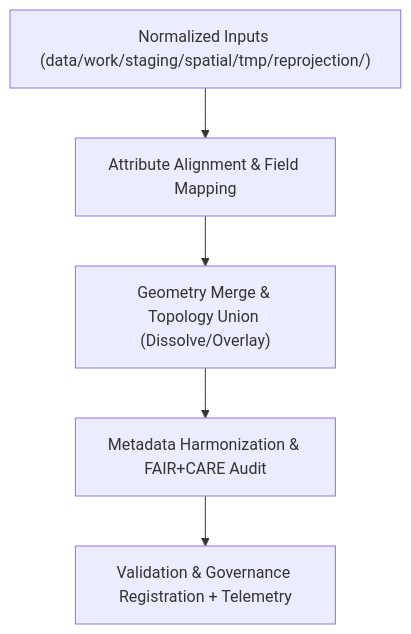
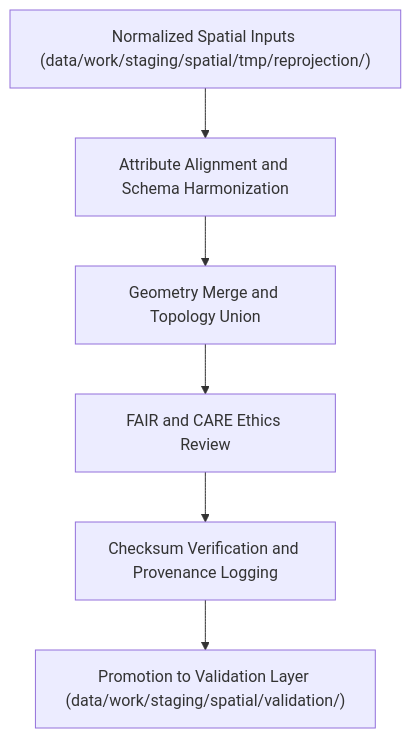
The diagram in data/work/staging/spatial/tmp/union_merge/README.md (bartytime4life/Kansas-Frontier-Matrix), drawn with Mermaid before and after one commit. The commit also changed other lines of this file, not shown here.

````diff
--- a/data/work/staging/spatial/tmp/union_merge/README.md
+++ b/data/work/staging/spatial/tmp/union_merge/README.md
@@ -69,7 +62,8 @@
 ```mermaid
 flowchart TD
-    A["Normalized Inputs (data/work/staging/spatial/tmp/reprojection/)"] --> B["Attribute Alignment & Field Mapping"]
-    B --> C["Geometry Merge & Topology Union (Dissolve/Overlay)"]
-    C --> D["Metadata Harmonization & FAIR+CARE Audit"]
-    D --> E["Validation & Governance Registration + Telemetry"]
+    A["Normalized Spatial Inputs (data/work/staging/spatial/tmp/reprojection/)"] --> B["Attribute Alignment and Schema Harmonization"]
+    B --> C["Geometry Merge and Topology Union"]
+    C --> D["FAIR and CARE Ethics Review"]
+    D --> E["Checksum Verification and Provenance Logging"]
+    E --> F["Promotion to Validation Layer (data/work/staging/spatial/validation/)"]
 ```
````
